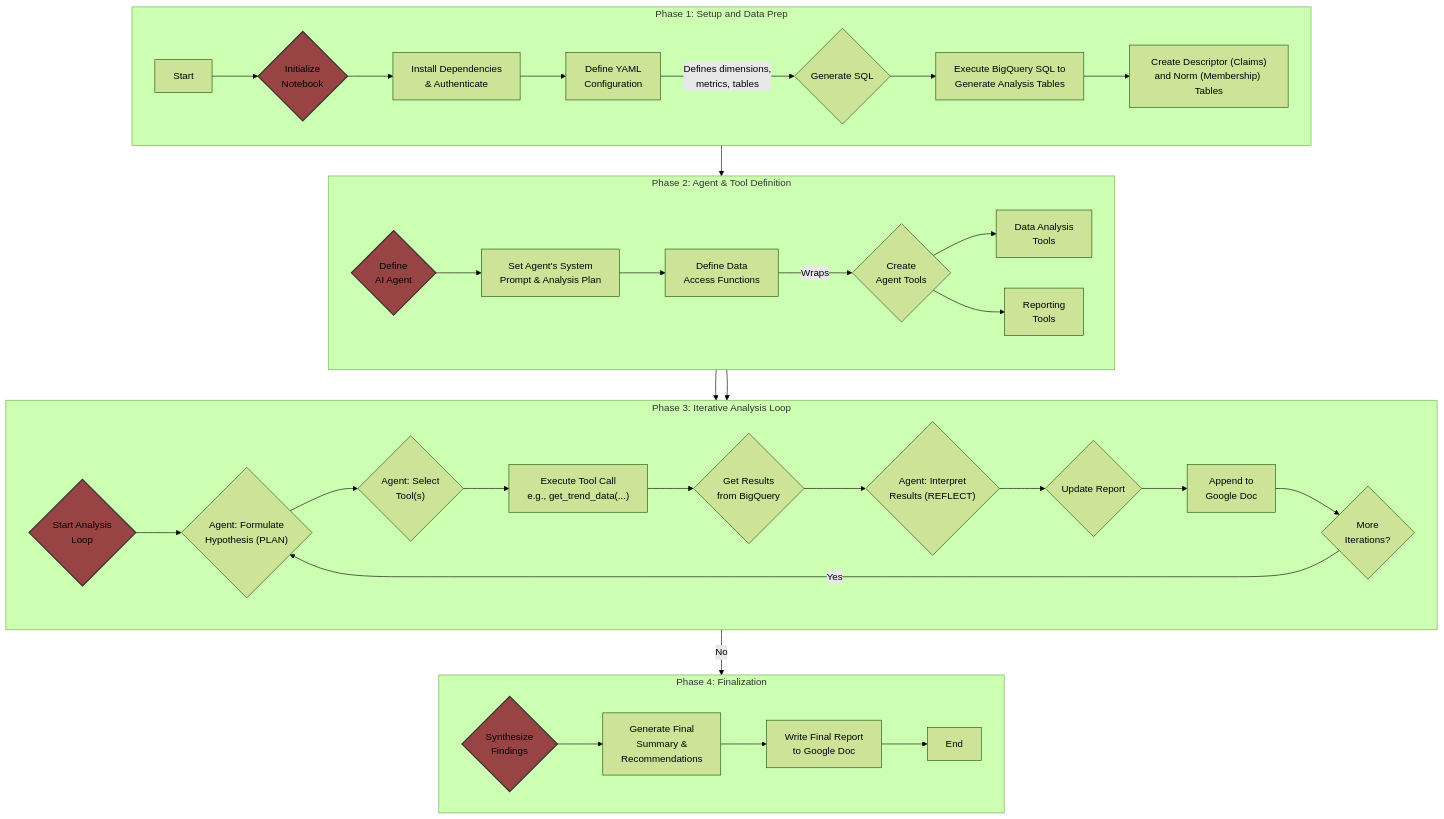
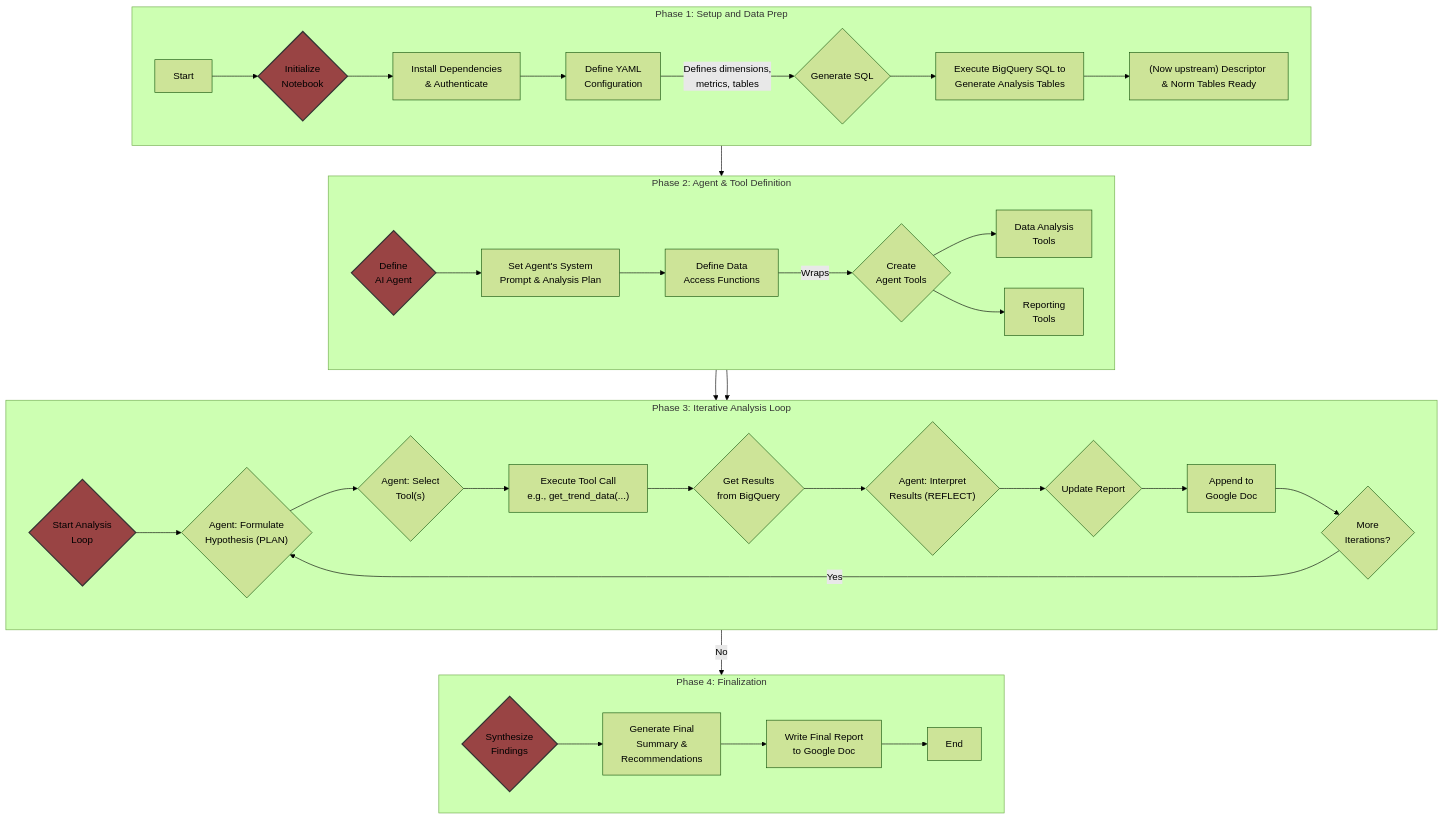
One commit to garthmortensen/trend-analyzer changed the diagram in README.md. Above: the diagram before and after it, drawn with Mermaid (forest theme). The commit also changed other lines of this file and 8 other files, not shown here.

````diff
--- a/README.md
+++ b/README.md
@@ -44,52 +62,52 @@
 ```mermaid
 graph TD
     subgraph "Phase 1: Setup and Data Prep"
         direction LR
         A[Start] --> B{Initialize<br>Notebook};
         B --> C[Install Dependencies<br>& Authenticate];
         C --> D[Define YAML<br>Configuration];
         D -- "Defines dimensions,<br>metrics, tables" --> E{Generate SQL};
         E --> F["Execute BigQuery SQL to<br>Generate Analysis Tables"];
-        F --> G["Create Descriptor (Claims)<br>and Norm (Membership) Tables"];
+    F --> G["(Now upstream) Descriptor & Norm Tables Ready"];
     end
 
     subgraph "Phase 2: Agent & Tool Definition"
         direction LR
         H{Define<br>AI Agent} --> I["Set Agent's System<br>Prompt & Analysis Plan"];
         I --> J[Define Data<br>Access Functions];
         J -- Wraps --> K{Create<br>Agent Tools};
         K --> L[Data Analysis<br>Tools];
         K --> M[Reporting<br>Tools];
     end
 
     subgraph "Phase 3: Iterative Analysis Loop"
         direction LR
         N{Start Analysis<br>Loop} --> O{"Agent: Formulate<br>Hypothesis (PLAN)"};
         O --> P{"Agent: Select<br>Tool(s)"};
         P --> Q["Execute Tool Call<br>e.g., get_trend_data(...)"];
         Q --> R{Get Results<br>from BigQuery};
         R --> S{"Agent: Interpret<br>Results (REFLECT)"};
         S --> T{Update Report};
         T --> U[Append to<br>Google Doc];
         U --> V{More<br>Iterations?};
         V -- Yes --> O;
     end
 
     subgraph "Phase 4: Finalization"
         direction LR
         W{Synthesize<br>Findings} --> X["Generate Final<br>Summary &<br>Recommendations"];
         X --> Y["Write Final Report<br>to Google Doc"];
         Y --> Z[End];
     end
 
     G --> H;
     M --> N;
     L --> N;
     V -- No --> W;
 
 
     style B fill:#944,stroke:#333,stroke-width:2px
     style H fill:#944,stroke:#333,stroke-width:2px
     style N fill:#944,stroke:#333,stroke-width:2px
     style W fill:#944,stroke:#333,stroke-width:2px
 ```
````
